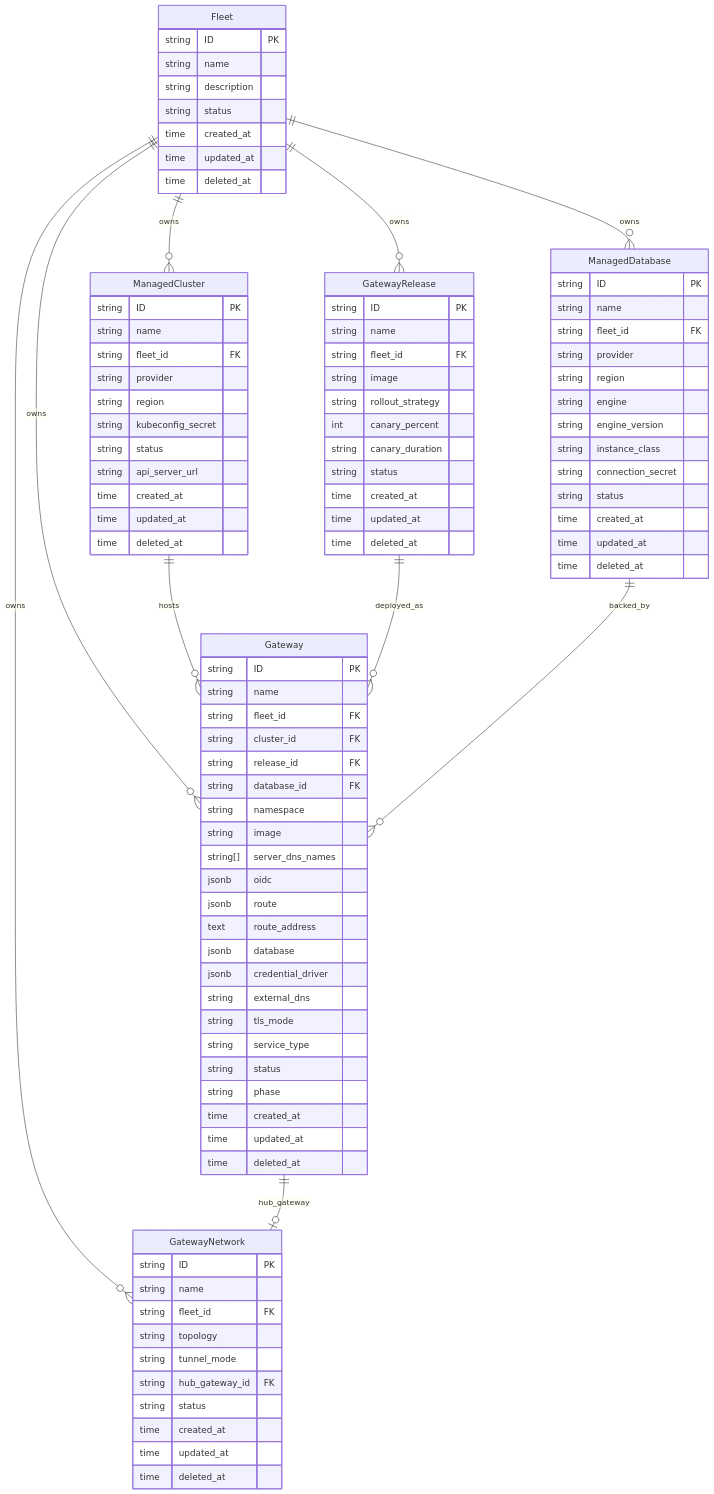
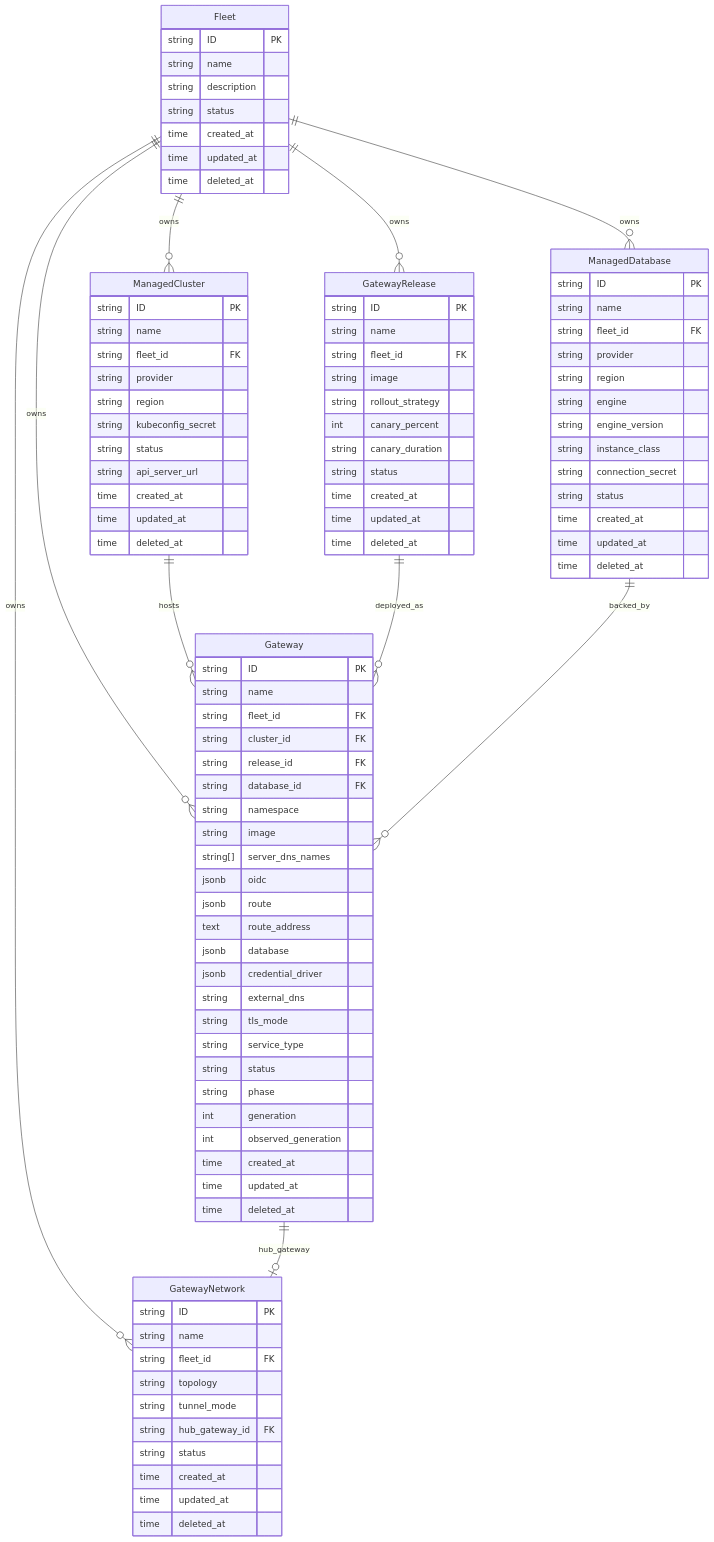
The diagram in specs/platform/data-model.spec.md (RunItBack1127/hypershell), drawn with Mermaid before and after one commit. The commit also changed other lines of this file and 2 other files, not shown here.

```diff
--- a/specs/platform/data-model.spec.md
+++ b/specs/platform/data-model.spec.md
@@ -97,6 +97,8 @@
         string service_type
         string status
         string phase
+        int generation
+        int observed_generation
         time created_at
         time updated_at
         time deleted_at
```
